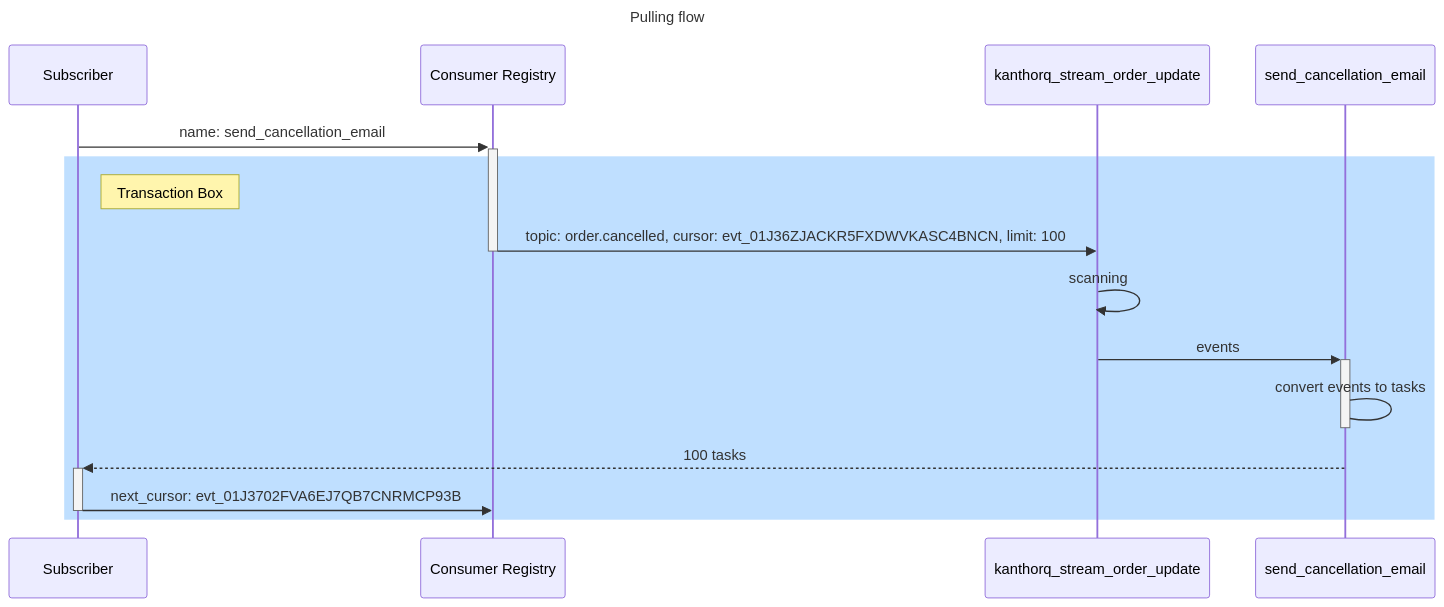
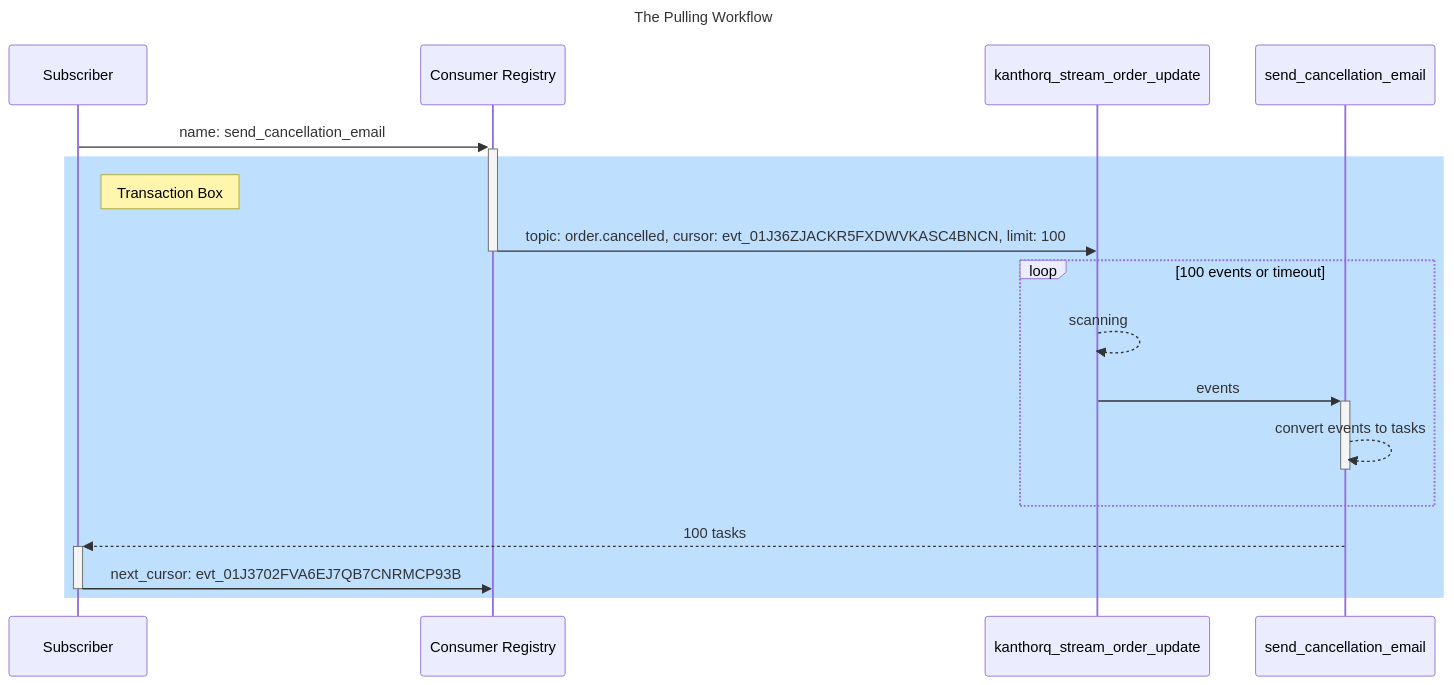
One commit to kanthorlabs/kanthorq changed the first of 2 diagrams in website/docs/002-concepts/007-subscriber.md. Above: the diagram before and after it, drawn with Mermaid. The commit also changed other lines of this file, not shown here.

Commit message:
docs: add the updating workflow of the subscriber

````diff
--- a/website/docs/002-concepts/007-subscriber.md
+++ b/website/docs/002-concepts/007-subscriber.md
@@ -15,21 +15,23 @@
 ```mermaid
 ---
-title: Pulling flow
+title: The Pulling Workflow
 ---
 sequenceDiagram
   Subscriber ->> +Consumer Registry: name: send_cancellation_email
 
   rect rgb(191, 223, 255)
   note right of Subscriber: Transaction Box
 
   Consumer Registry ->> -kanthorq_stream_order_update: topic: order.cancelled, cursor: evt_01J36ZJACKR5FXDWVKASC4BNCN, limit: 100
 
-  kanthorq_stream_order_update ->> kanthorq_stream_order_update: scanning
-  kanthorq_stream_order_update ->> +send_cancellation_email: events
-  send_cancellation_email -> -send_cancellation_email: convert events to tasks
+  loop 100 events or timeout
+    kanthorq_stream_order_update -->> kanthorq_stream_order_update: scanning
+    kanthorq_stream_order_update ->> +send_cancellation_email: events
+    send_cancellation_email -->> -send_cancellation_email: convert events to tasks
+  end
 
   send_cancellation_email -->> +Subscriber: 100 tasks
   Subscriber ->> -Consumer Registry: next_cursor: evt_01J3702FVA6EJ7QB7CNRMCP93B
 
   end
 ```
````
